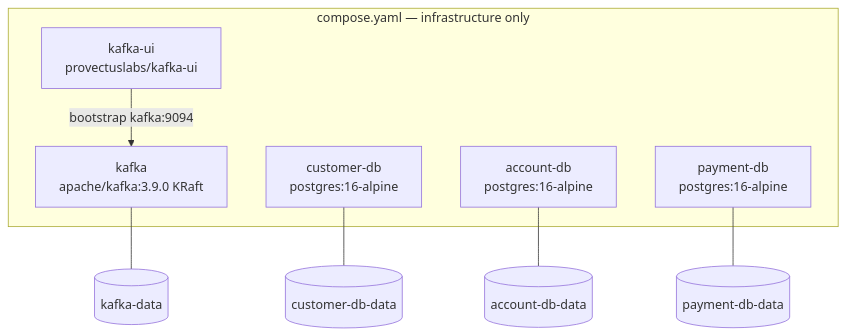
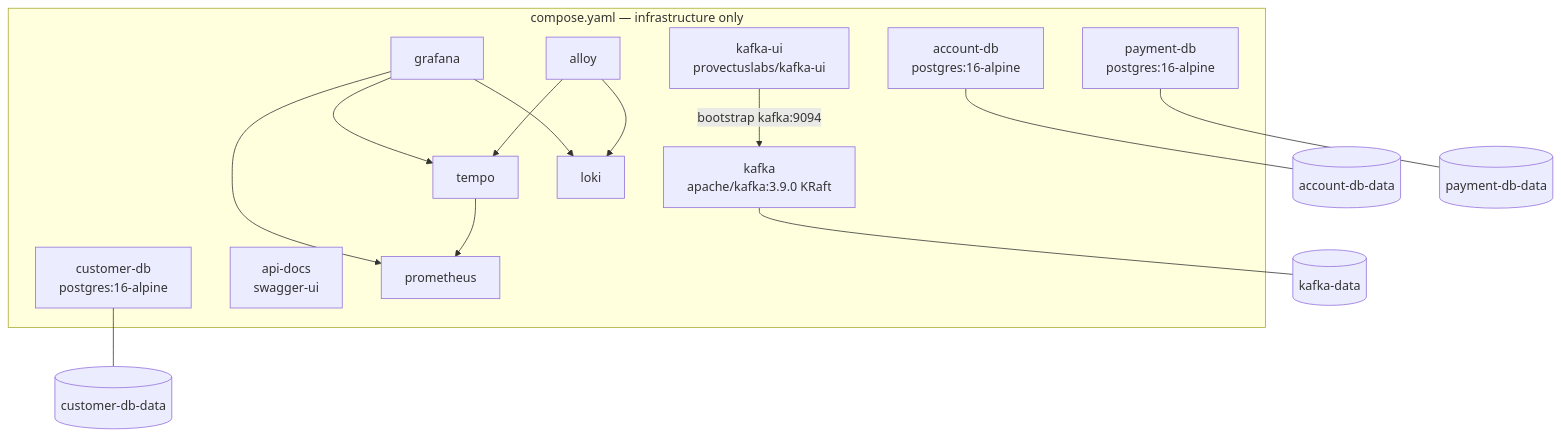
The fifth of 7 diagrams in docs/architecture-diagram.md (nirmalnaik/TreasuryHub), drawn with Mermaid before and after one commit. The commit also changed other lines of this file and 19 other files, not shown here.

````diff
--- a/docs/architecture-diagram.md
+++ b/docs/architecture-diagram.md
@@ -159,16 +181,26 @@
 ```mermaid
 flowchart TB
     subgraph compose["compose.yaml — infrastructure only"]
         CDB["customer-db<br/>postgres:16-alpine"]
         ADB["account-db<br/>postgres:16-alpine"]
         PDB["payment-db<br/>postgres:16-alpine"]
         K["kafka<br/>apache/kafka:3.9.0 KRaft"]
         KUI["kafka-ui<br/>provectuslabs/kafka-ui"]
+        SW["api-docs<br/>swagger-ui"]
+        ALLOY["alloy"]
+        TEMPO["tempo"]
+        PROM["prometheus"]
+        LOKI["loki"]
+        GRAFANA["grafana"]
     end
 
     CDB --- V1[(customer-db-data)]
     ADB --- V2[(account-db-data)]
     PDB --- V3[(payment-db-data)]
     K --- V4[(kafka-data)]
     KUI -->|bootstrap kafka:9094| K
+    ALLOY --> TEMPO
+    ALLOY --> LOKI
+    TEMPO --> PROM
+    GRAFANA --> PROM & TEMPO & LOKI
 ```
````
